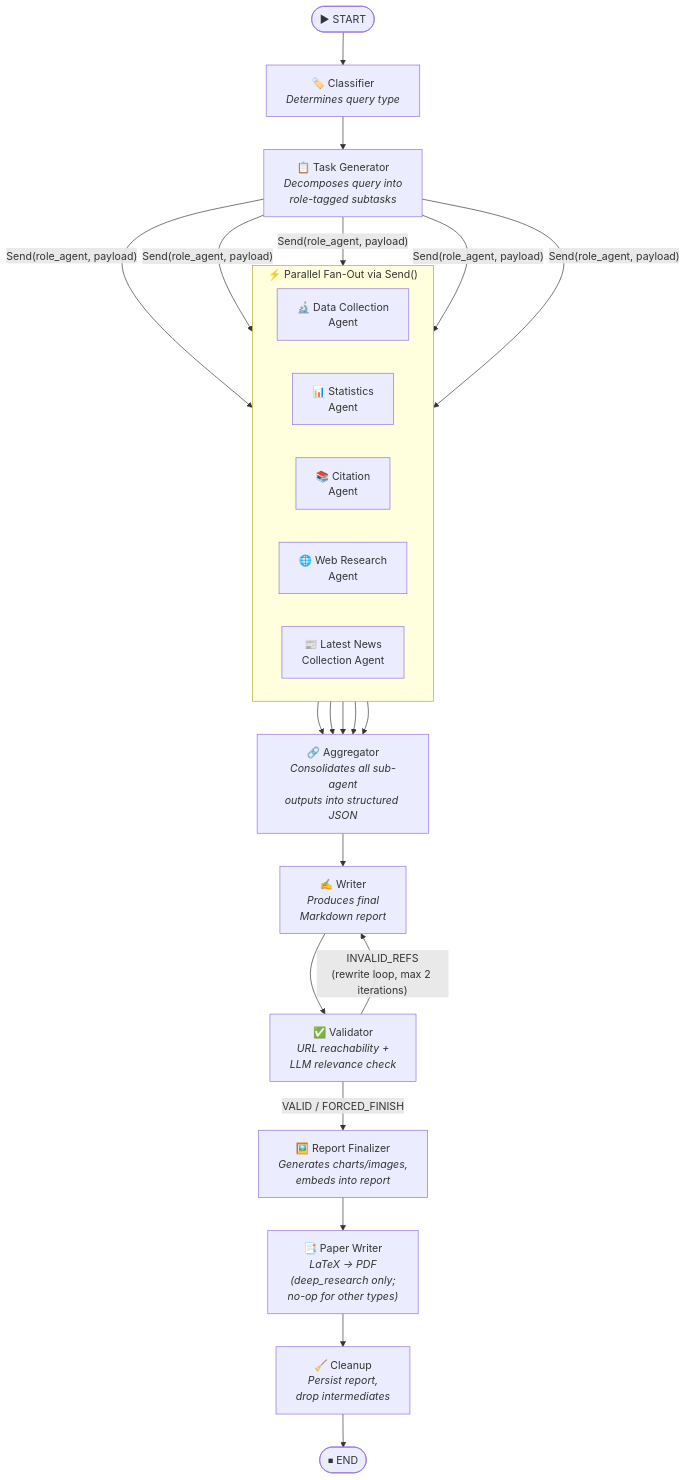
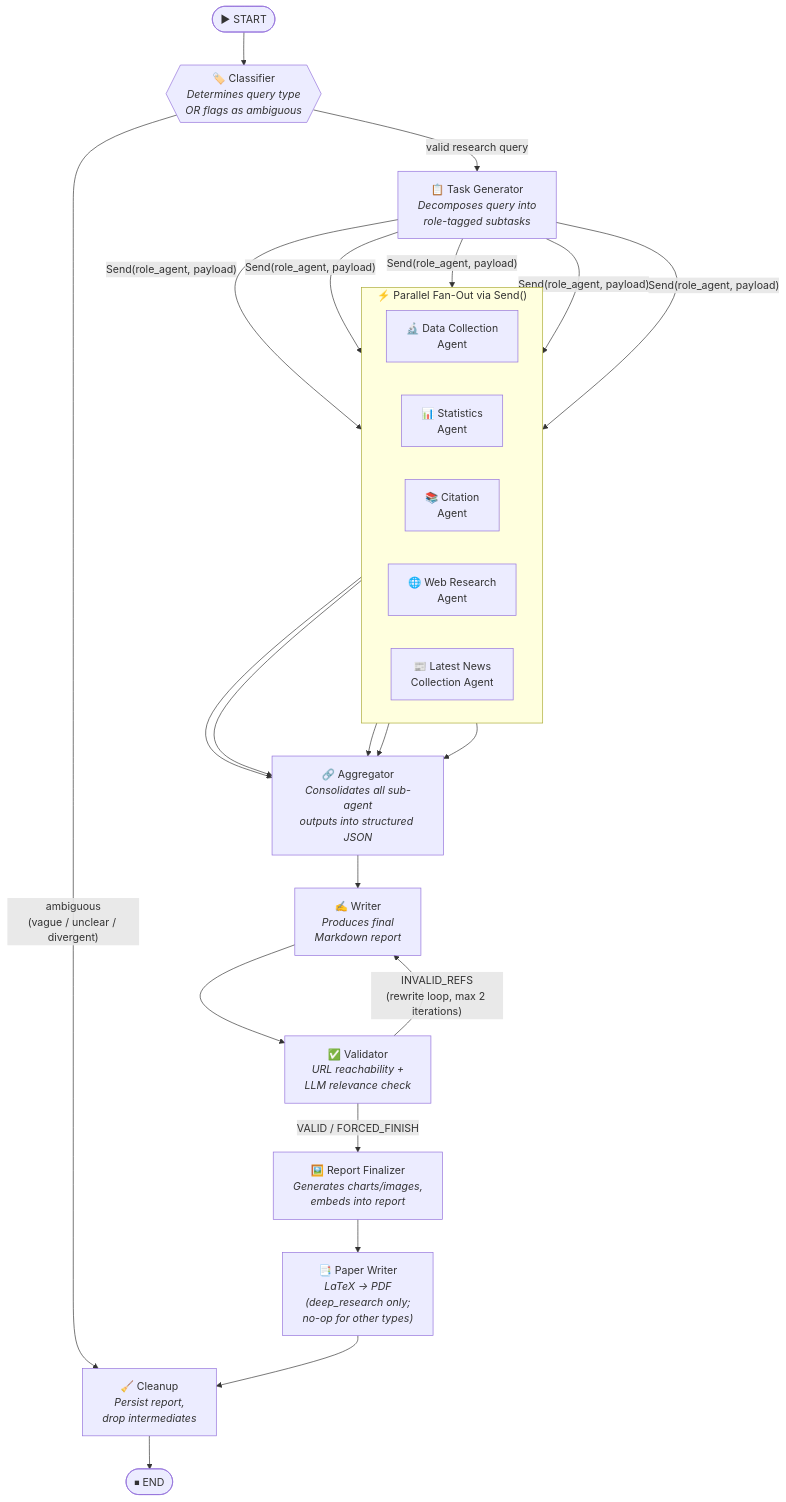
Before and after one commit to deepinsightlabs25-tech/aion-ai-research: the first of 9 diagrams in backend/docs/LANGGRAPH_WORKFLOW.md, drawn with Mermaid. The commit also changed other lines of this file and 6 other files, not shown here.

````diff
--- a/backend/docs/LANGGRAPH_WORKFLOW.md
+++ b/backend/docs/LANGGRAPH_WORKFLOW.md
@@ -9,47 +9,48 @@
 ```mermaid
 flowchart TD
     START(["▶ START"])
 
-    CLASSIFY["🏷️ Classifier<br/><i>Determines query type</i>"]
+    CLASSIFY{{"🏷️ Classifier<br/><i>Determines query type<br/>OR flags as ambiguous</i>"}}
     TASKGEN["📋 Task Generator<br/><i>Decomposes query into<br/>role-tagged subtasks</i>"]
 
     subgraph FAN_OUT ["⚡ Parallel Fan-Out via Send()"]
         direction LR
         DC["🔬 Data Collection<br/>Agent"]
         STATS["📊 Statistics<br/>Agent"]
         CITE["📚 Citation<br/>Agent"]
         WR["🌐 Web Research<br/>Agent"]
         LNC["📰 Latest News<br/>Collection Agent"]
     end
 
     AGG["🔗 Aggregator<br/><i>Consolidates all sub-agent<br/>outputs into structured JSON</i>"]
     WRITER["✍️ Writer<br/><i>Produces final<br/>Markdown report</i>"]
     VALIDATOR["✅ Validator<br/><i>URL reachability +<br/>LLM relevance check</i>"]
     CLEANUP["🧹 Cleanup<br/><i>Persist report,<br/>drop intermediates</i>"]
 
     FINISH(["⏹ END"])
 
     START --> CLASSIFY
-    CLASSIFY --> TASKGEN
+    CLASSIFY -->|"ambiguous<br/>(vague / unclear / divergent)"| CLEANUP
+    CLASSIFY -->|"valid research query"| TASKGEN
     TASKGEN -->|"Send(role_agent, payload)"| DC
     TASKGEN -->|"Send(role_agent, payload)"| STATS
     TASKGEN -->|"Send(role_agent, payload)"| CITE
     TASKGEN -->|"Send(role_agent, payload)"| WR
     TASKGEN -->|"Send(role_agent, payload)"| LNC
 
     DC --> AGG
     STATS --> AGG
     CITE --> AGG
     WR --> AGG
     LNC --> AGG
 
     AGG --> WRITER
     WRITER --> VALIDATOR
 
     VALIDATOR -->|"VALID / FORCED_FINISH"| RF["🖼️ Report Finalizer<br/><i>Generates charts/images,<br/>embeds into report</i>"]
     VALIDATOR -->|"INVALID_REFS<br/>(rewrite loop, max 2 iterations)"| WRITER
 
     RF --> PW["📑 Paper Writer<br/><i>LaTeX → PDF<br/>(deep_research only;<br/>no-op for other types)</i>"]
     PW --> CLEANUP
     CLEANUP --> FINISH
 ```
````
